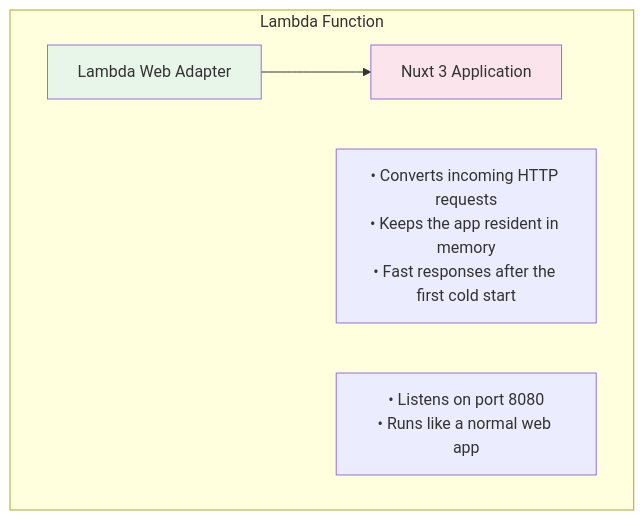
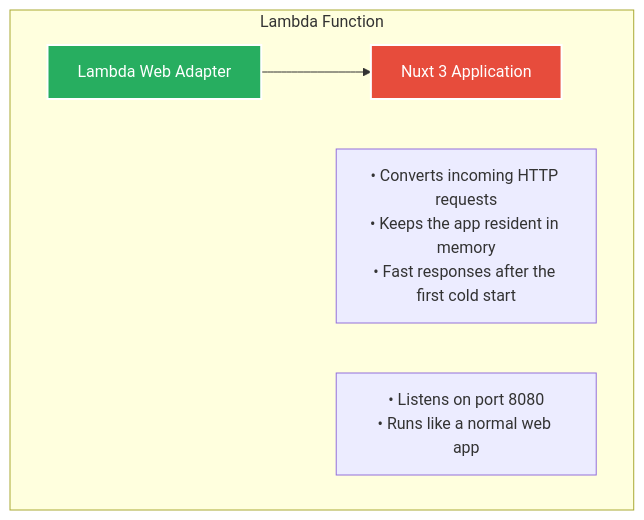
Before and after one commit to snickerjp/copilot-metrics-viewer-lambda-urls: the fourth of 4 diagrams in README.md, drawn with Mermaid. The commit also changed other lines of this file and 1 other file, not shown here.

````diff
--- a/README.md
+++ b/README.md
@@ -533,12 +535,12 @@
 ```mermaid
 graph TB
     subgraph Lambda["Lambda Function"]
         A[Lambda Web Adapter] --> B[Nuxt 3 Application]
 
         note1["• Converts incoming HTTP requests\n• Keeps the app resident in memory\n• Fast responses after the first cold start"]
         note2["• Listens on port 8080\n• Runs like a normal web app"]
     end
 
-    style A fill:#e8f5e9
-    style B fill:#fce4ec
+    style A fill:#27ae60,stroke:#fff,stroke-width:2px,color:#fff
+    style B fill:#e74c3c,stroke:#fff,stroke-width:2px,color:#fff
 ```
````
